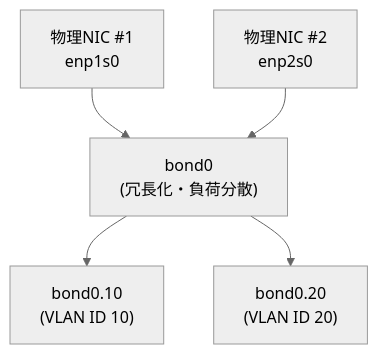
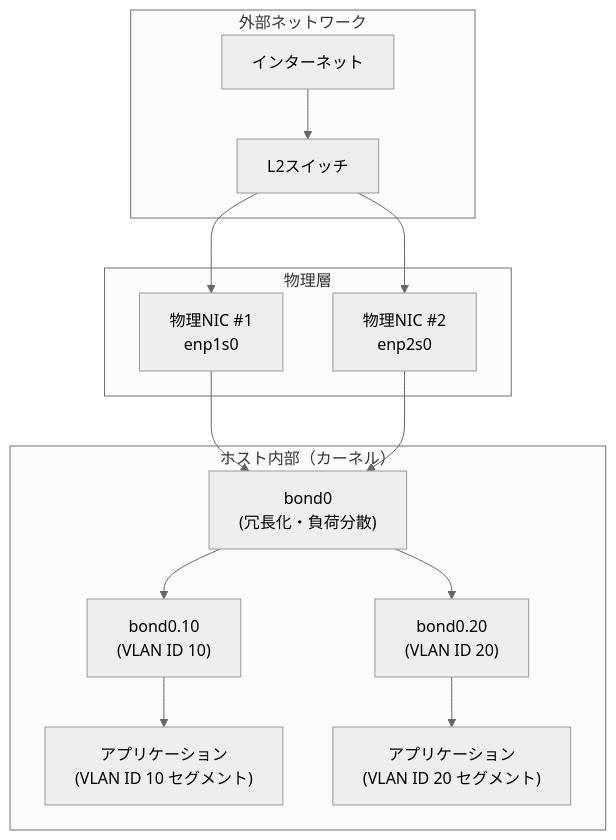
Before and after one commit to 0x69d/0x69d: the third of 3 diagrams in articles/20260722-bonding-vlan-network-design.md, drawn with Mermaid (neutral theme). The commit also changed other lines of this file and 2 other files, not shown here.

````diff
--- a/articles/20260722-bonding-vlan-network-design.md
+++ b/articles/20260722-bonding-vlan-network-design.md
@@ -125,7 +123,20 @@
 ```mermaid
 graph TD
-    NIC1["物理NIC #1<br/>enp1s0"] --> BOND["bond0<br/>(冗長化・負荷分散)"]
-    NIC2["物理NIC #2<br/>enp2s0"] --> BOND
-    BOND --> VLAN10["bond0.10<br/>(VLAN ID 10)"]
-    BOND --> VLAN20["bond0.20<br/>(VLAN ID 20)"]
+    subgraph external["外部ネットワーク"]
+        INTERNET["インターネット"] --> SWITCH["L2スイッチ"]
+    end
+
+    subgraph physical["物理層"]
+        SWITCH --> NIC1["物理NIC #1<br/>enp1s0"]
+        SWITCH --> NIC2["物理NIC #2<br/>enp2s0"]
+    end
+
+    subgraph host["ホスト内部（カーネル）"]
+        NIC1 --> BOND["bond0<br/>(冗長化・負荷分散)"]
+        NIC2 --> BOND
+        BOND --> VLAN10["bond0.10<br/>(VLAN ID 10)"]
+        BOND --> VLAN20["bond0.20<br/>(VLAN ID 20)"]
+        VLAN10 --> APP1["アプリケーション<br/>(VLAN ID 10 セグメント)"]
+        VLAN20 --> APP2["アプリケーション<br/>(VLAN ID 20 セグメント)"]
+    end
 ```
````
